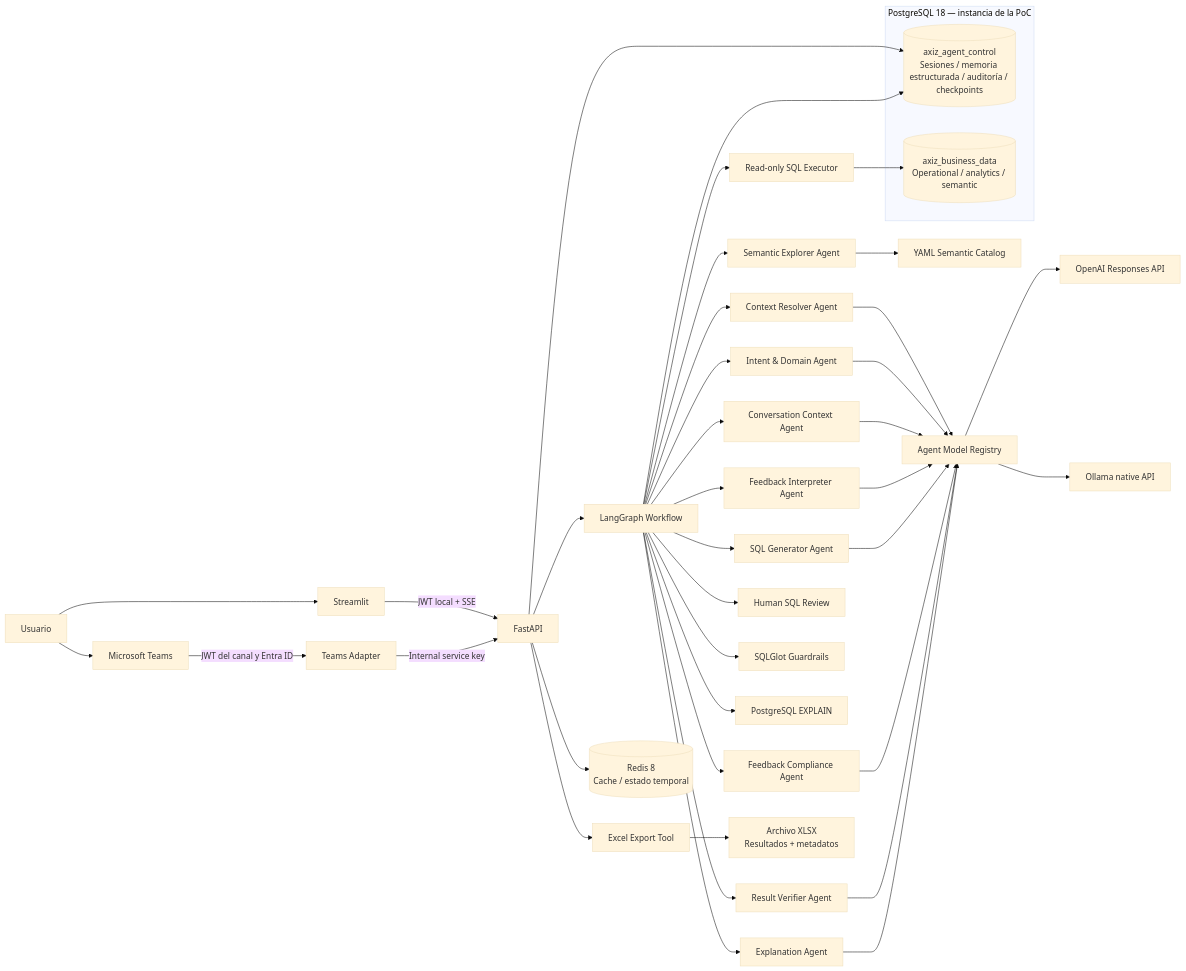
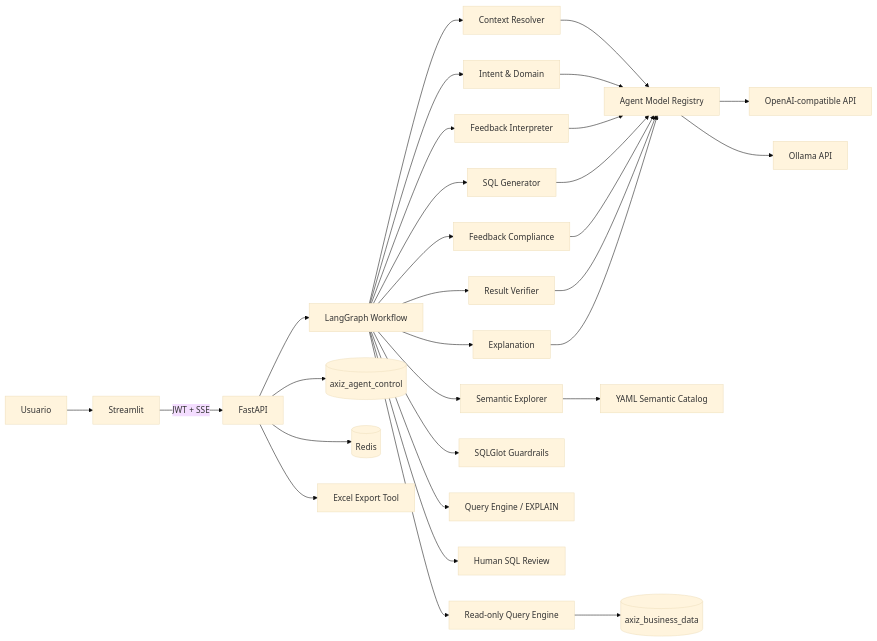
Before and after one commit to edgarrth/multiagente-sql-reporter: the first of 3 diagrams in README.md, drawn with Mermaid (base theme). The commit also changed other lines of this file and 7 other files, not shown here.

````diff
--- a/README.md
+++ b/README.md
@@ -10,52 +77,37 @@
 ```mermaid
 flowchart LR
     U[Usuario] --> ST[Streamlit]
-    U --> TM[Microsoft Teams]
-    ST -->|JWT local + SSE| API[FastAPI]
-    TM -->|JWT del canal y Entra ID| TA[Teams Adapter]
-    TA -->|Internal service key| API
+    ST -->|JWT + SSE| API[FastAPI]
+    API --> LG[LangGraph Workflow]
 
-    API --> LG[LangGraph Workflow]
-    LG --> CR[Context Resolver Agent]
-    LG --> IA[Intent & Domain Agent]
-    LG --> CA[Conversation Context Agent]
-    LG --> SA[Semantic Explorer Agent]
-    LG --> FI[Feedback Interpreter Agent]
-    LG --> SQ[SQL Generator Agent]
-    LG --> FC[Feedback Compliance Agent]
-    LG --> VA[Result Verifier Agent]
-    LG --> EA[Explanation Agent]
+    LG --> CR[Context Resolver]
+    LG --> ID[Intent & Domain]
+    LG --> SE[Semantic Explorer]
+    LG --> FI[Feedback Interpreter]
+    LG --> SG[SQL Generator]
+    LG --> FC[Feedback Compliance]
+    LG --> RV[Result Verifier]
+    LG --> EA[Explanation]
 
     CR --> MR[Agent Model Registry]
-    IA --> MR
-    CA --> MR
+    ID --> MR
     FI --> MR
-    SQ --> MR
+    SG --> MR
     FC --> MR
-    VA --> MR
+    RV --> MR
     EA --> MR
-    MR --> OA[OpenAI Responses API]
-    MR --> OL[Ollama native API]
 
-    SA --> CAT[YAML Semantic Catalog]
+    MR --> OA[OpenAI-compatible API]
+    MR --> OL[Ollama API]
+
+    SE --> CAT[YAML Semantic Catalog]
+    LG --> SEC[SQLGlot Guardrails]
+    LG --> COST[Query Engine / EXPLAIN]
     LG --> HITL[Human SQL Review]
-    LG --> SG[SQLGlot Guardrails]
-    LG --> CE[PostgreSQL EXPLAIN]
-    LG --> EX[Read-only SQL Executor]
+    LG --> EXEC[Read-only Query Engine]
 
-    subgraph PG[PostgreSQL 18 — instancia de la PoC]
-        CTRL[(axiz_agent_control
-Sesiones / memoria estructurada / auditoría / checkpoints)]
-        DATA[(axiz_business_data
-Operational / analytics / semantic)]
-    end
-
-    API --> CTRL
-    LG --> CTRL
-    EX --> DATA
-    API --> XT[Excel Export Tool]
-    XT --> XLSX[Archivo XLSX
-Resultados + metadatos]
-    API --> RD[(Redis 8
-Cache / estado temporal)]
+    API --> CTRL[(axiz_agent_control)]
+    EXEC --> DATA[(axiz_business_data)]
+    API --> RD[(Redis)]
+    API --> XLSX[Excel Export Tool]
 ```
````
